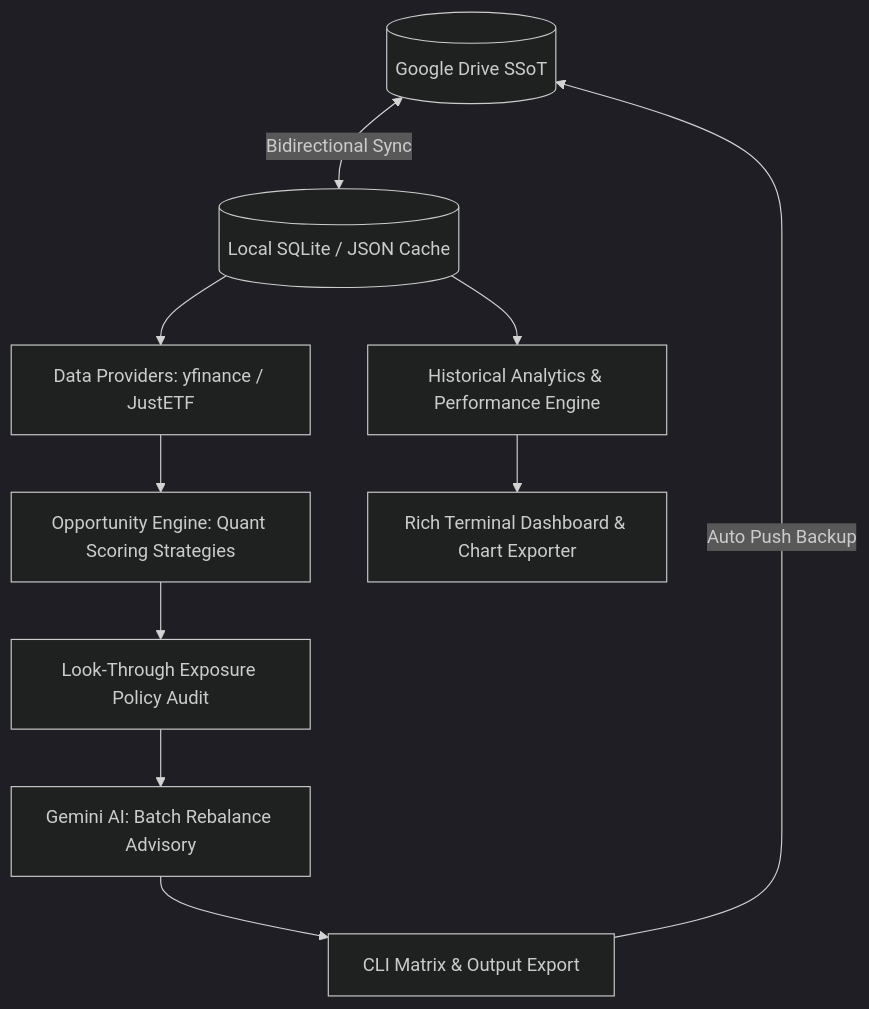
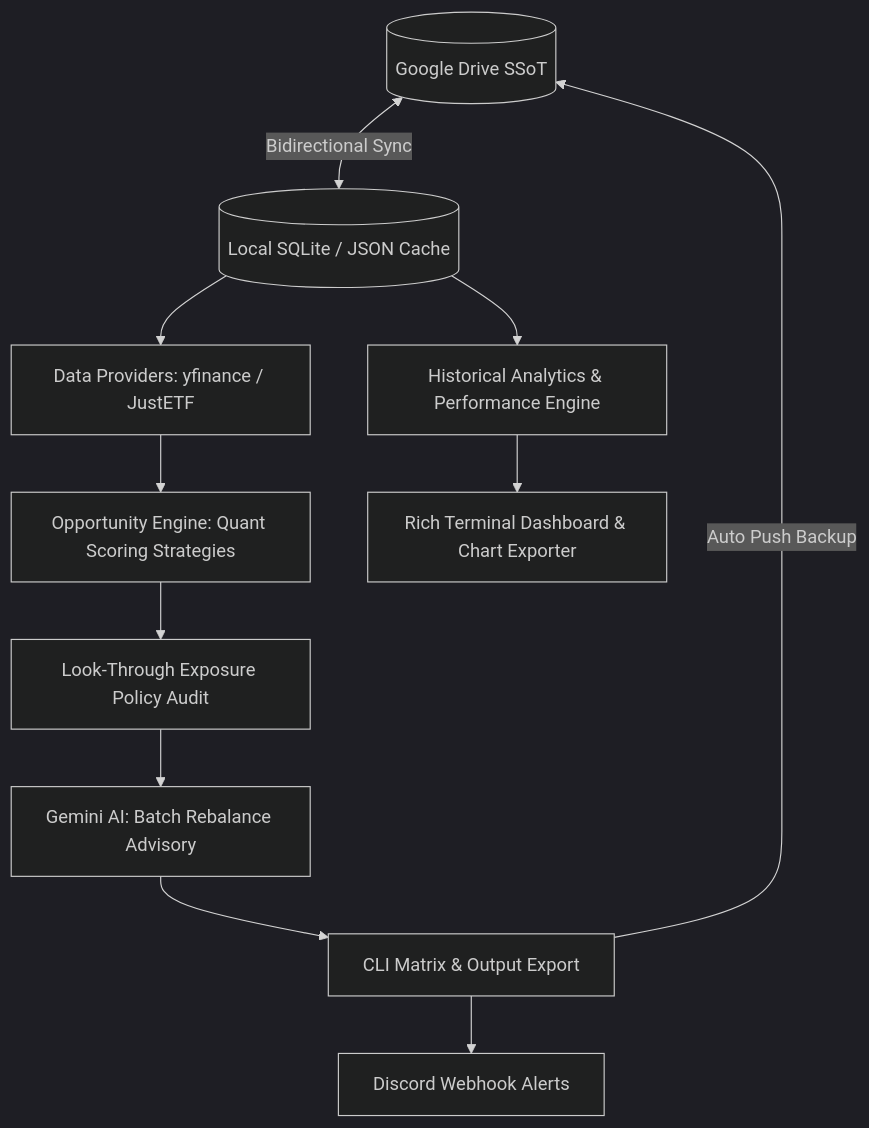
Before and after one commit to JoPedro15/finances: the diagram in README.md, drawn with Mermaid (dark theme). The commit also changed other lines of this file and 7 other files, not shown here.

````diff
--- a/README.md
+++ b/README.md
@@ -30,12 +29,13 @@
 ```mermaid
 graph TD
     GDrive[(Google Drive SSoT)] <-->|Bidirectional Sync| LocalDB[(Local SQLite / JSON Cache)]
     LocalDB --> Providers[Data Providers: yfinance / JustETF]
     LocalDB --> Analytics[Historical Analytics & Performance Engine]
     Providers --> Engine[Opportunity Engine: Quant Scoring Strategies]
     Engine --> Exposure[Look-Through Exposure Policy Audit]
     Exposure --> Gemini[Gemini AI: Batch Rebalance Advisory]
     Analytics --> Dashboard[Rich Terminal Dashboard & Chart Exporter]
     Gemini --> Report[CLI Matrix & Output Export]
+    Report --> Discord[Discord Webhook Alerts]
     Report -->|Auto Push Backup| GDrive
 ```
````
